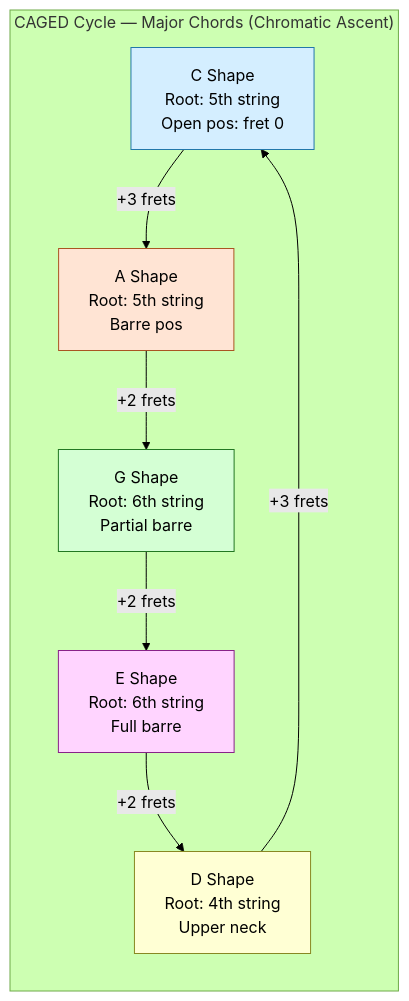
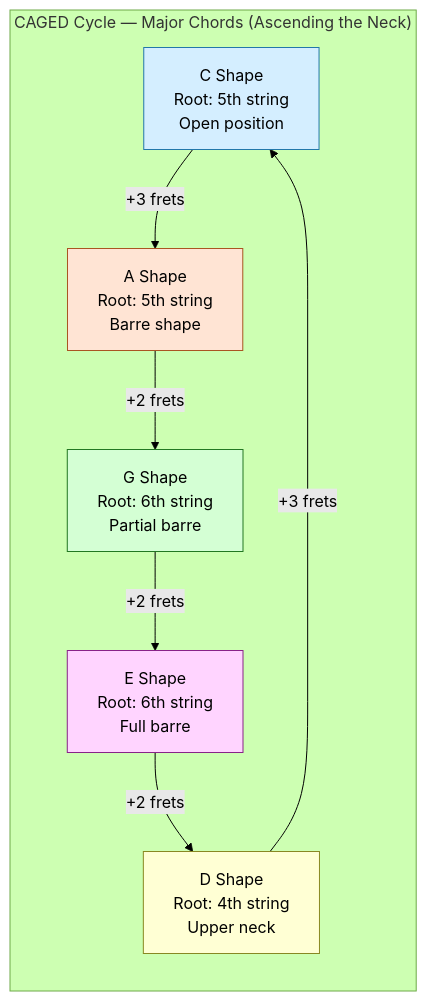
One commit to blebleblee/synapse changed the first of 6 diagrams in topics/arts/music_performance/acoustic_guitar/lesson_02_chords_and_strumming.md. Above: the diagram before and after it, drawn with Mermaid (forest theme). The commit also changed other lines of this file and 4 other files, not shown here.

````diff
--- a/topics/arts/music_performance/acoustic_guitar/lesson_02_chords_and_strumming.md
+++ b/topics/arts/music_performance/acoustic_guitar/lesson_02_chords_and_strumming.md
@@ -86,22 +67,22 @@
 ```mermaid
 graph LR
-    subgraph sub_caged ["CAGED Cycle — Major Chords (Chromatic Ascent)"]
-        C["C Shape<br/>Root: 5th string<br/>Open pos: fret 0"]
-        A["A Shape<br/>Root: 5th string<br/>Barre pos"]
+    subgraph sub_caged ["CAGED Cycle — Major Chords (Ascending the Neck)"]
+        C["C Shape<br/>Root: 5th string<br/>Open position"]
+        A["A Shape<br/>Root: 5th string<br/>Barre shape"]
         G["G Shape<br/>Root: 6th string<br/>Partial barre"]
         E["E Shape<br/>Root: 6th string<br/>Full barre"]
         D["D Shape<br/>Root: 4th string<br/>Upper neck"]
     end
 
     C -->|"+3 frets"| A
     A -->|"+2 frets"| G
     G -->|"+2 frets"| E
     E -->|"+2 frets"| D
     D -->|"+3 frets"| C
 
     style C fill:#d4eeff,stroke:#2277aa
     style A fill:#ffe4d4,stroke:#aa5522
     style G fill:#d4ffd4,stroke:#227722
     style E fill:#ffd4ff,stroke:#882288
     style D fill:#ffffd4,stroke:#888822
 ```
````
